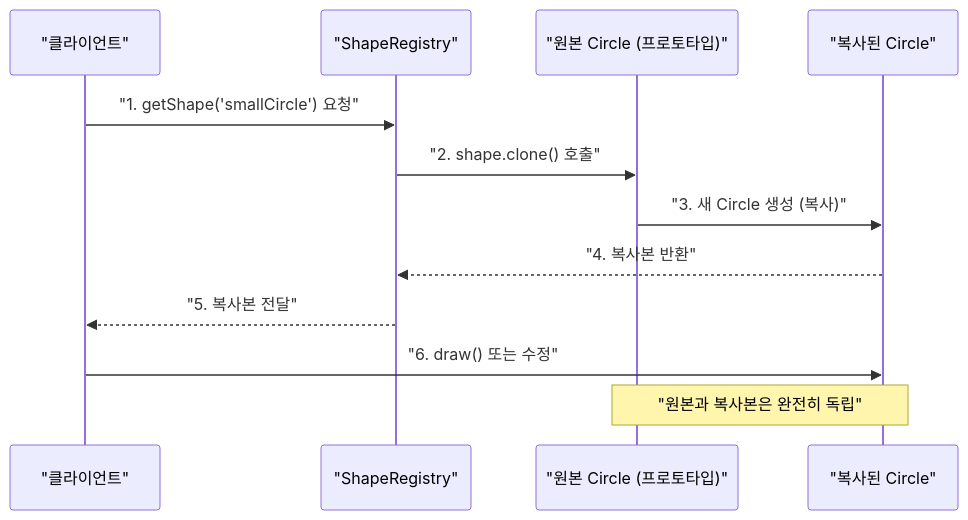
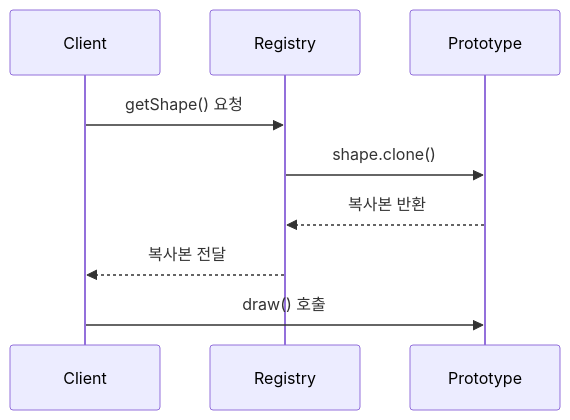
One commit to yjkim2015/yjkim2015.github.io changed the second of 2 diagrams in _posts/designPattern/2022-01-14-Prototype Pattern.md. Above: the diagram before and after it, drawn with Mermaid. The commit also changed 155 other files, not shown here.

First line of the commit message:
Mermaid 전면 수정: subgraph 제거, participant/노드/줄수 축소 (342블록)

````diff
--- a/_posts/designPattern/2022-01-14-Prototype Pattern.md
+++ b/_posts/designPattern/2022-01-14-Prototype Pattern.md
@@ -255,14 +255,11 @@
 ```mermaid
 sequenceDiagram
-    participant C as "클라이언트"
-    participant R as "ShapeRegistry"
-    participant P as "원본 Circle (프로토타입)"
-    participant CP as "복사된 Circle"
-    C->>R: "1. getShape('smallCircle') 요청"
-    R->>P: "2. shape.clone() 호출"
-    P->>CP: "3. 새 Circle 생성 (복사)"
-    CP-->>R: "4. 복사본 반환"
-    R-->>C: "5. 복사본 전달"
-    C->>CP: "6. draw() 또는 수정"
-    Note over P,CP: "원본과 복사본은 완전히 독립"
+    participant C as Client
+    participant R as Registry
+    participant P as Prototype
+    C->>R: getShape() 요청
+    R->>P: shape.clone()
+    P-->>R: 복사본 반환
+    R-->>C: 복사본 전달
+    C->>P: draw() 호출
 ```
````
